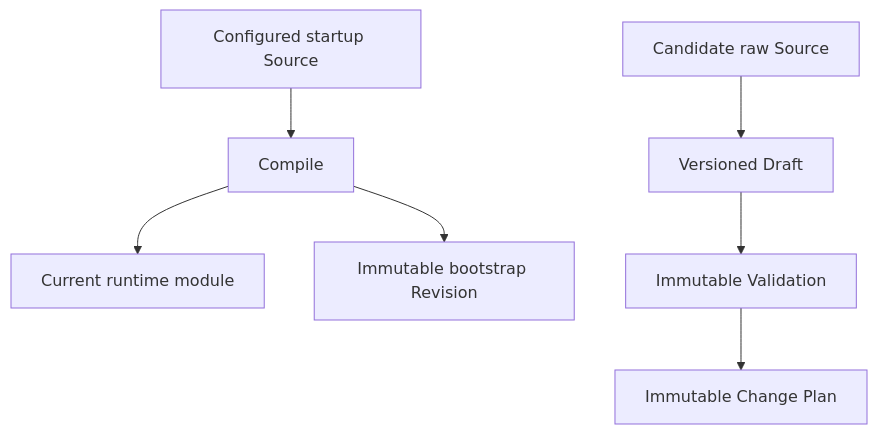
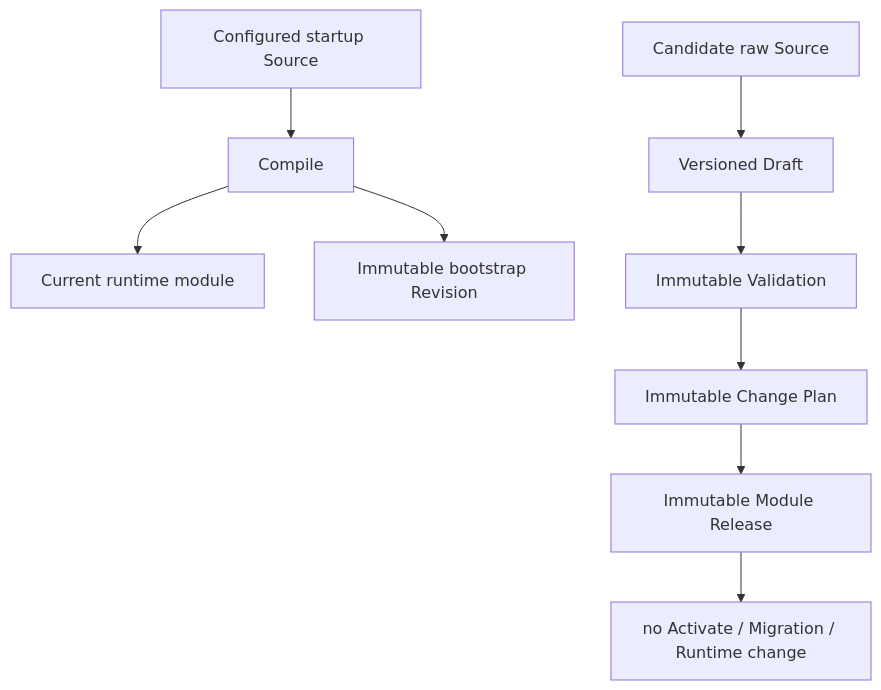
Before and after one commit to shezw/panvara: the second of 2 diagrams in docs/architecture-review-server-current.md, drawn with Mermaid. The commit also changed other lines of this file and 58 other files, not shown here.

First line of the commit message:
feat(server): add immutable module publish facts

````diff
--- a/docs/architecture-review-server-current.md
+++ b/docs/architecture-review-server-current.md
@@ -150,10 +154,12 @@
 ```mermaid
 flowchart TB
     Startup["Configured startup Source"] --> Compile["Compile"]
     Compile --> Runtime["Current runtime module"]
     Compile --> Registry["Immutable bootstrap Revision"]
 
     Candidate["Candidate raw Source"] --> Draft["Versioned Draft"]
     Draft --> Validation["Immutable Validation"]
     Validation --> Plan["Immutable Change Plan"]
+    Plan --> Publish["Immutable Module Release"]
+    Publish --> Stop["no Activate / Migration / Runtime change"]
 ```
````
